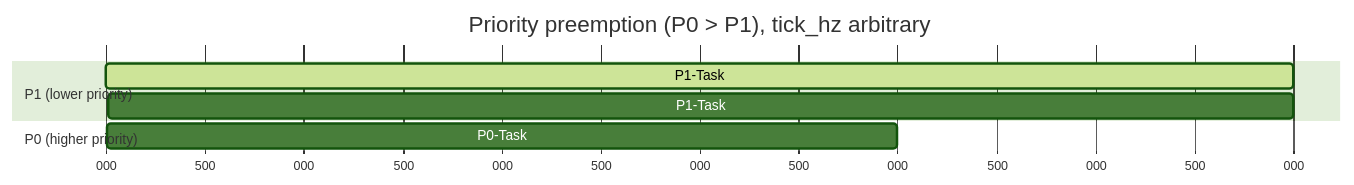
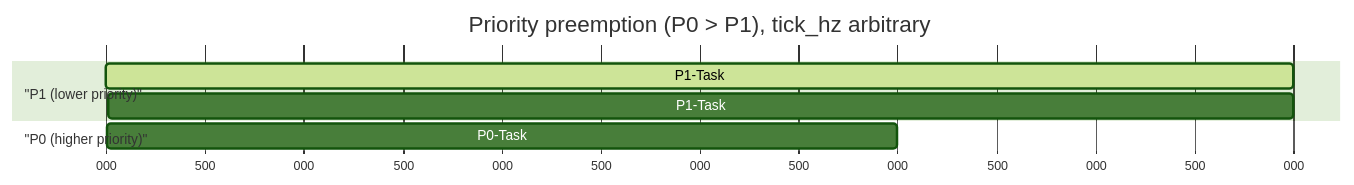
One commit to ExoSpaceLabs/hardrt changed the sixth of 6 diagrams in README.md. Above: the diagram before and after it, drawn with Mermaid (forest theme). The commit also changed other lines of this file, not shown here.

Commit message:
fix(heartos): mermaid rendering.

````diff
--- a/README.md
+++ b/README.md
@@ -146,13 +146,13 @@
 ```mermaid
 gantt
   title Priority preemption (P0 > P1), tick_hz arbitrary
   dateFormat  X
   axisFormat  %L
 
-  section P1 (lower priority)
+  section "P1 (lower priority)"
   P1-Task :active, 0, 6
   P1-Task : 10, 6
 
-  section P0 (higher priority)
+  section "P0 (higher priority)"
   P0-Task : 6, 4
 ```
````
